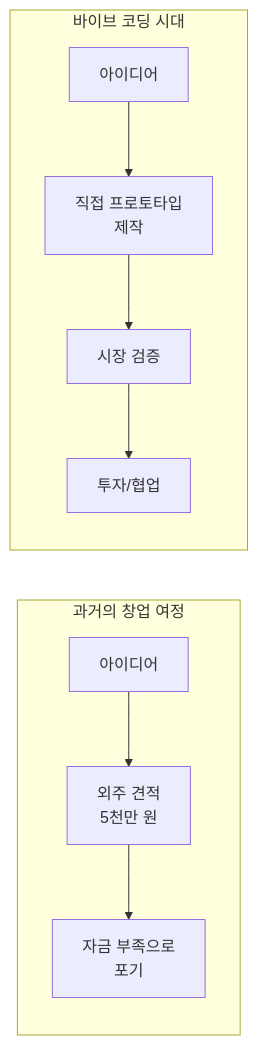
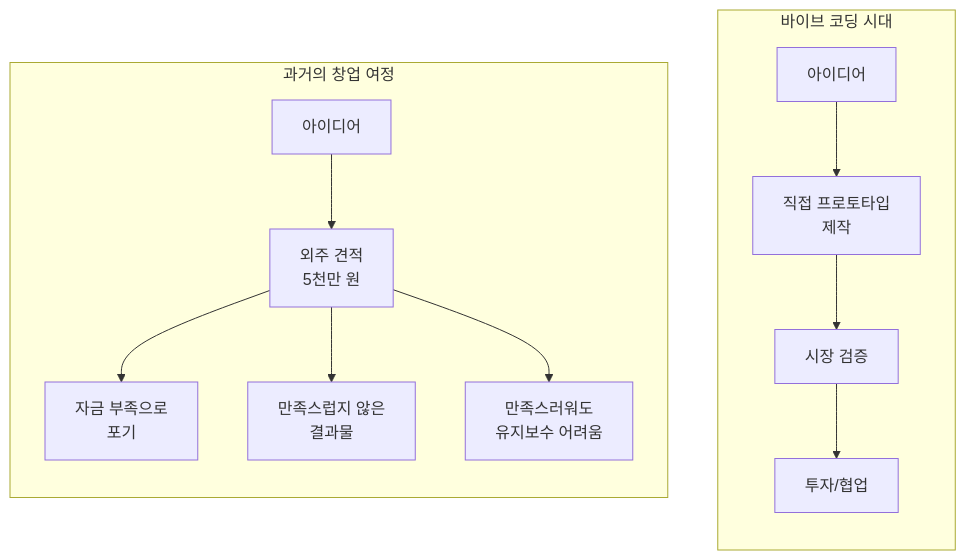
One commit to nugurejeil/weniVooks changed the second of 8 diagrams in _md/essentials-vibecoding/chapter01/01-1.md. Above: the diagram before and after it, drawn with Mermaid. The commit also changed other lines of this file and 1 other file, not shown here.

````diff
--- a/_md/essentials-vibecoding/chapter01/01-1.md
+++ b/_md/essentials-vibecoding/chapter01/01-1.md
@@ -38,12 +38,16 @@
 ```mermaid
 flowchart LR
     subgraph 과거["과거의 창업 여정"]
         A1["아이디어"] --> A2["외주 견적<br/>5천만 원"]
         A2 --> A3["자금 부족으로<br/>포기"]
+        A2 --> A4["만족스럽지 않은<br/>결과물"]
+        A2 --> A5["만족스러워도<br/>유지보수 어려움"]
     end
 
     subgraph 현재["바이브 코딩 시대"]
         B1["아이디어"] --> B2["직접 프로토타입<br/>제작"]
         B2 --> B3["시장 검증"] --> B4["투자/협업"]
     end
+    
+    과거 ~~~ 현재
 ```
````
